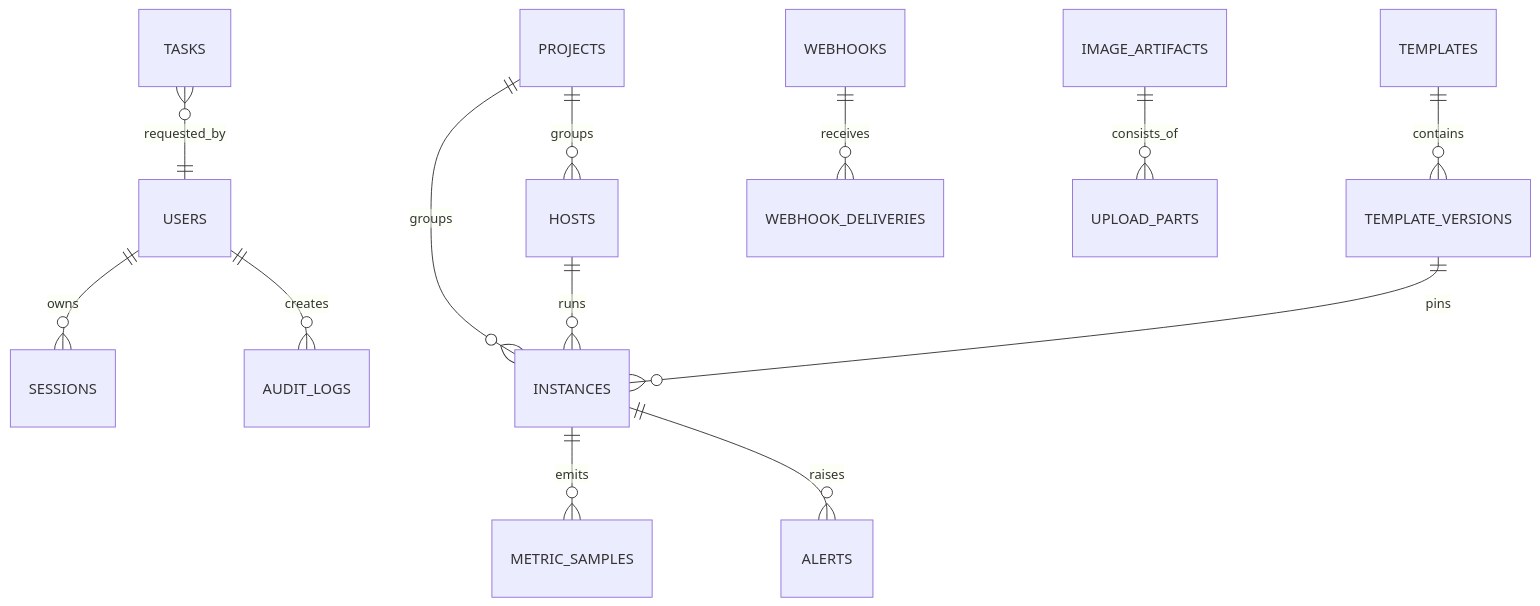
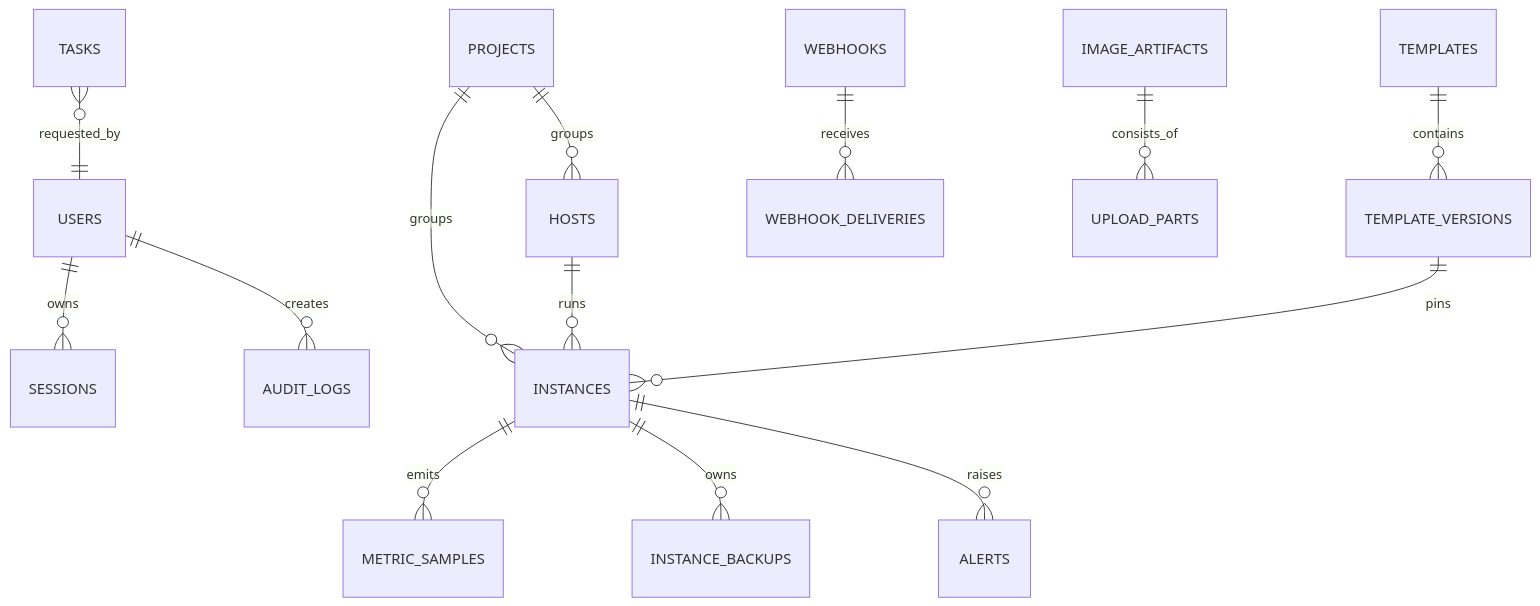
Before and after one commit to Arlowen/db-mock: the second of 3 diagrams in docs/architecture.md, drawn with Mermaid. The commit also changed other lines of this file and 29 other files, not shown here.

Commit message:
feat: add safe instance backups

````diff
--- a/docs/architecture.md
+++ b/docs/architecture.md
@@ -65,15 +65,16 @@
 ```mermaid
 erDiagram
     USERS ||--o{ SESSIONS : owns
     USERS ||--o{ AUDIT_LOGS : creates
     PROJECTS ||--o{ HOSTS : groups
     PROJECTS ||--o{ INSTANCES : groups
     HOSTS ||--o{ INSTANCES : runs
     TEMPLATES ||--o{ TEMPLATE_VERSIONS : contains
     TEMPLATE_VERSIONS ||--o{ INSTANCES : pins
     INSTANCES ||--o{ METRIC_SAMPLES : emits
+    INSTANCES ||--o{ INSTANCE_BACKUPS : owns
     INSTANCES ||--o{ ALERTS : raises
     TASKS }o--|| USERS : requested_by
     WEBHOOKS ||--o{ WEBHOOK_DELIVERIES : receives
     IMAGE_ARTIFACTS ||--o{ UPLOAD_PARTS : consists_of
 ```
````
